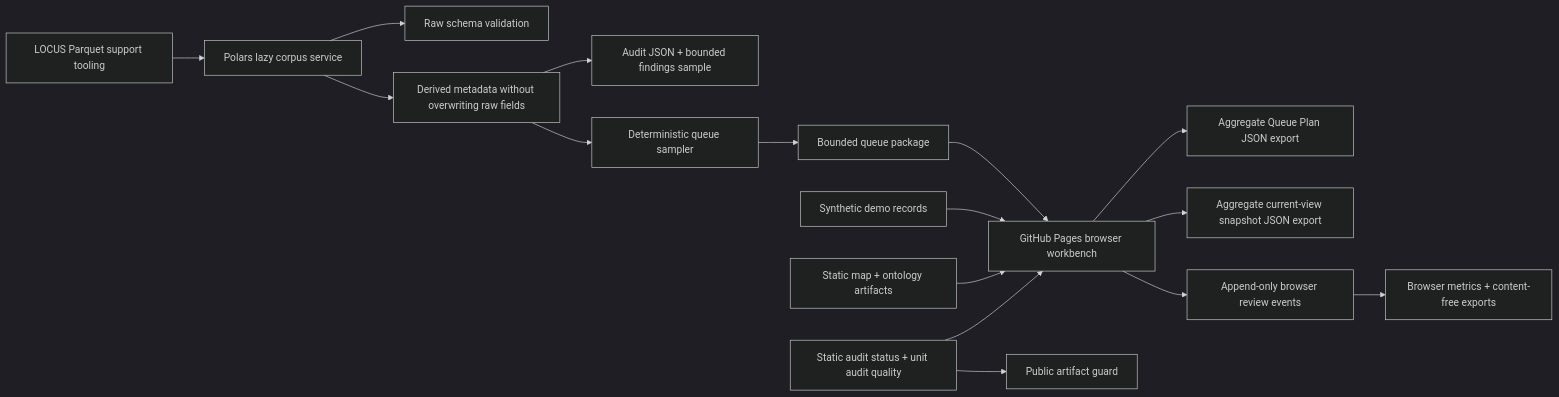
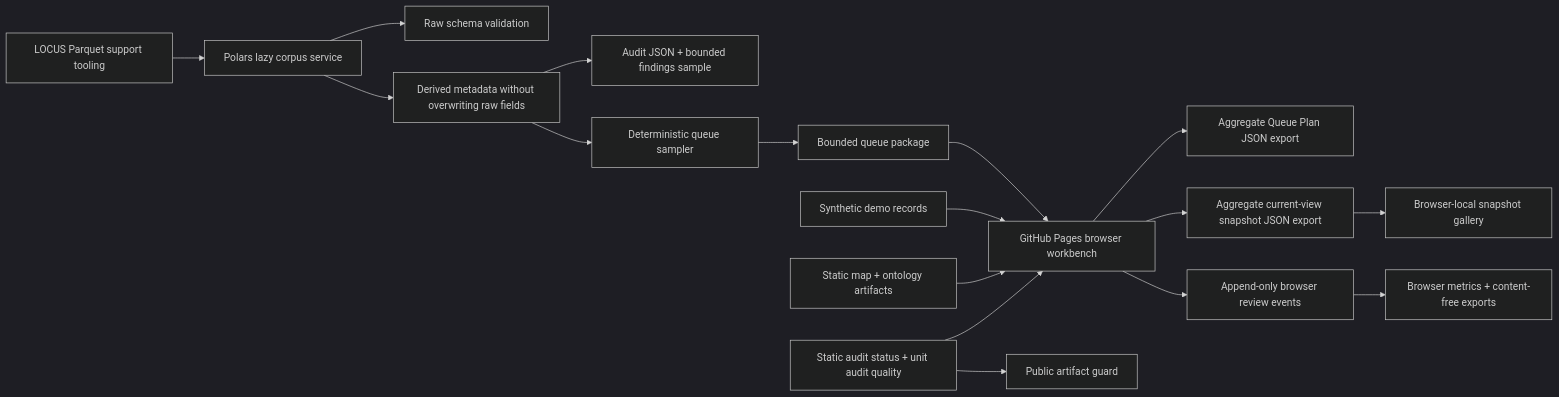
The diagram in docs/local-law-analytics-platform.md (evcatalyst/evolocus), drawn with Mermaid (dark theme) before and after one commit. The commit also changed other lines of this file and 12 other files, not shown here.

Commit message:
feat: add aggregate snapshot gallery

````diff
--- a/docs/local-law-analytics-platform.md
+++ b/docs/local-law-analytics-platform.md
@@ -49,18 +49,19 @@
 ```mermaid
 flowchart LR
   A["LOCUS Parquet support tooling"] --> B["Polars lazy corpus service"]
   B --> C["Raw schema validation"]
   B --> D["Derived metadata without overwriting raw fields"]
   D --> E["Audit JSON + bounded findings sample"]
   D --> F["Deterministic queue sampler"]
   F --> G["Bounded queue package"]
   H["Synthetic demo records"] --> I["GitHub Pages browser workbench"]
   L["Static map + ontology artifacts"] --> I
   M["Static audit status + unit audit quality"] --> I
   I --> Q["Aggregate Queue Plan JSON export"]
   I --> X["Aggregate current-view snapshot JSON export"]
+  X --> Y["Browser-local snapshot gallery"]
   M --> V["Public artifact guard"]
   G --> I
   I --> J["Append-only browser review events"]
   J --> K["Browser metrics + content-free exports"]
 ```
````
